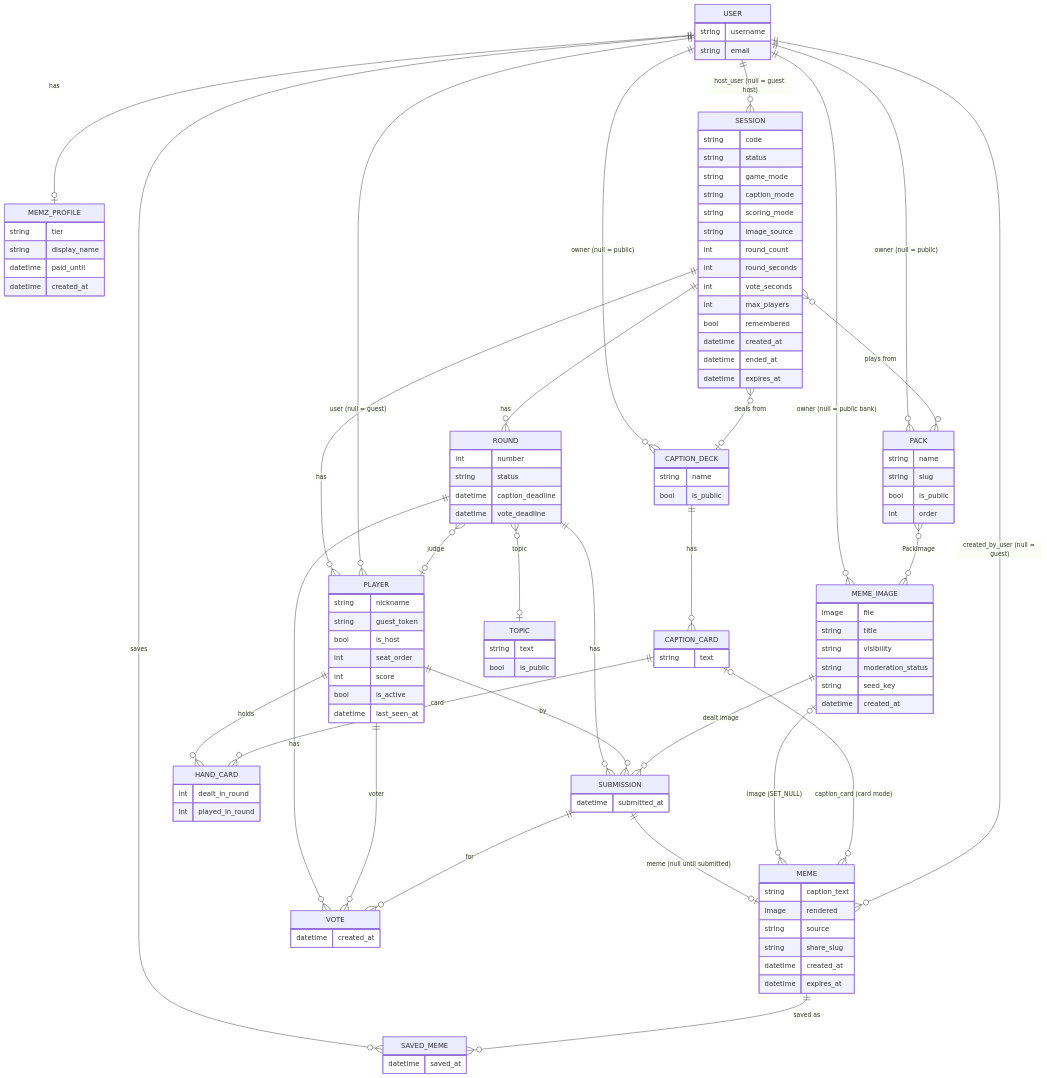
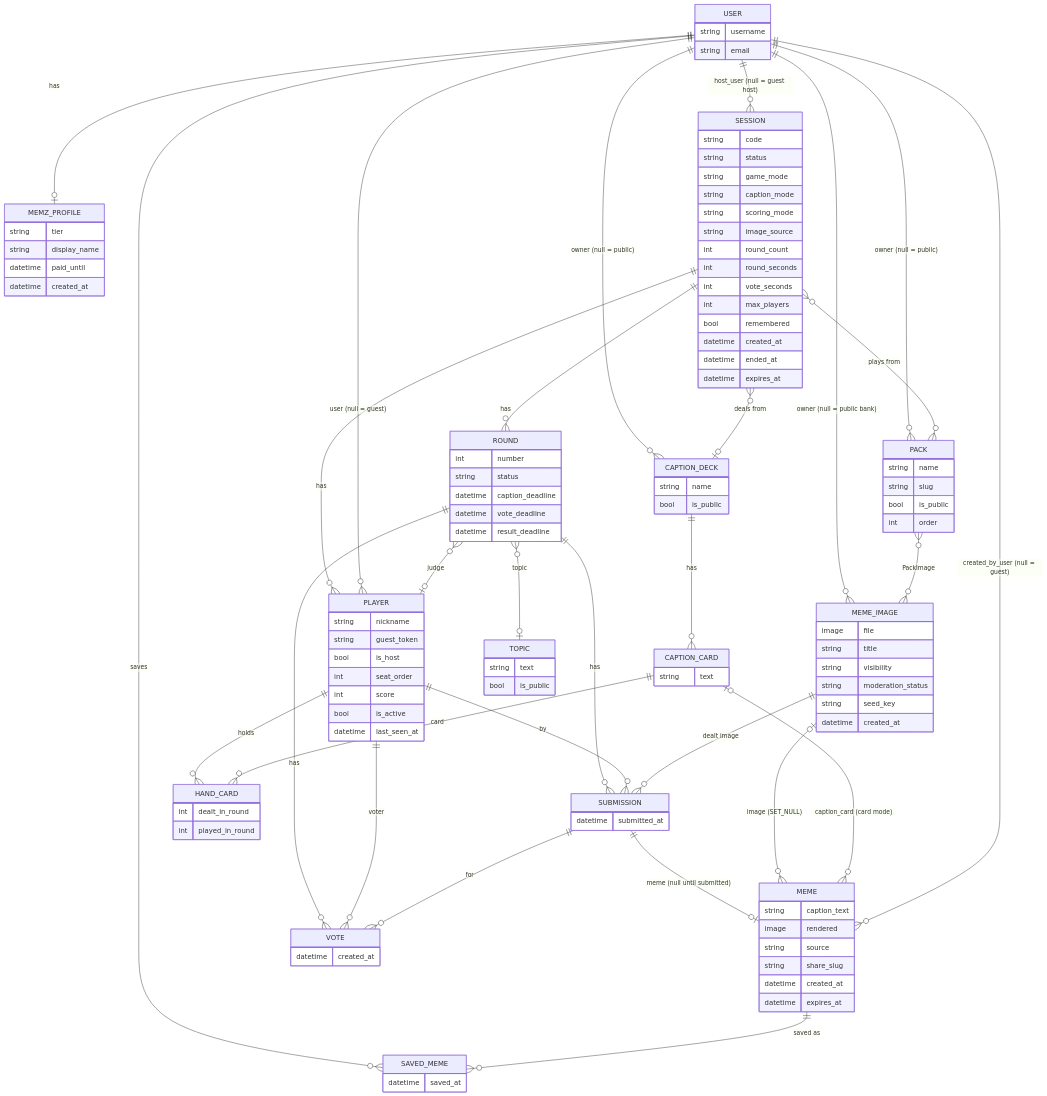
Before and after one commit to avisalmon/Render: the diagram in docs/memz/data_model.md, drawn with Mermaid. The commit also changed other lines of this file and 52 other files, not shown here.

```diff
--- a/docs/memz/data_model.md
+++ b/docs/memz/data_model.md
@@ -120,6 +120,7 @@
         string status
         datetime caption_deadline
         datetime vote_deadline
+        datetime result_deadline
     }
     SUBMISSION {
         datetime submitted_at
```
